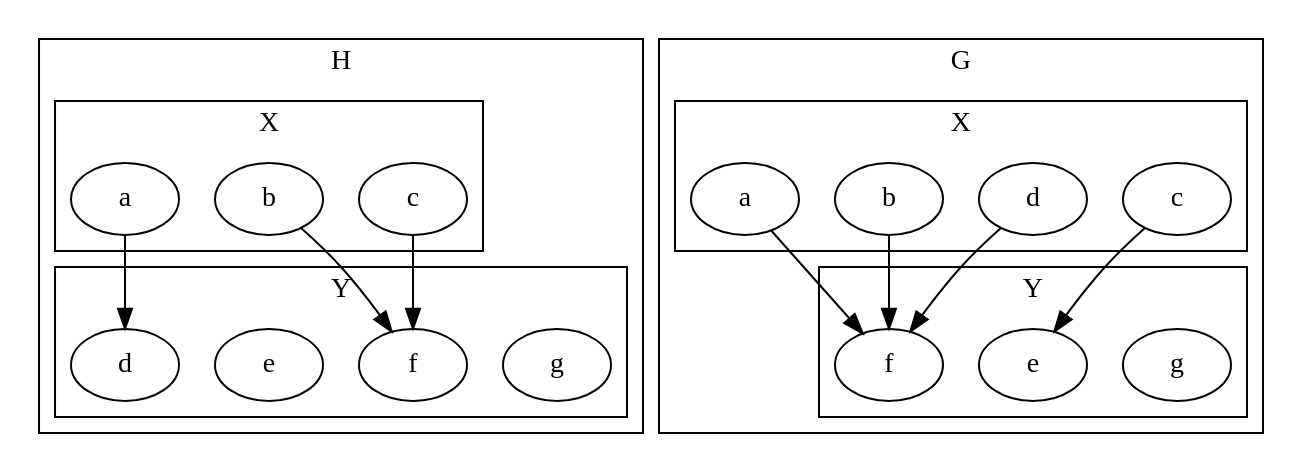
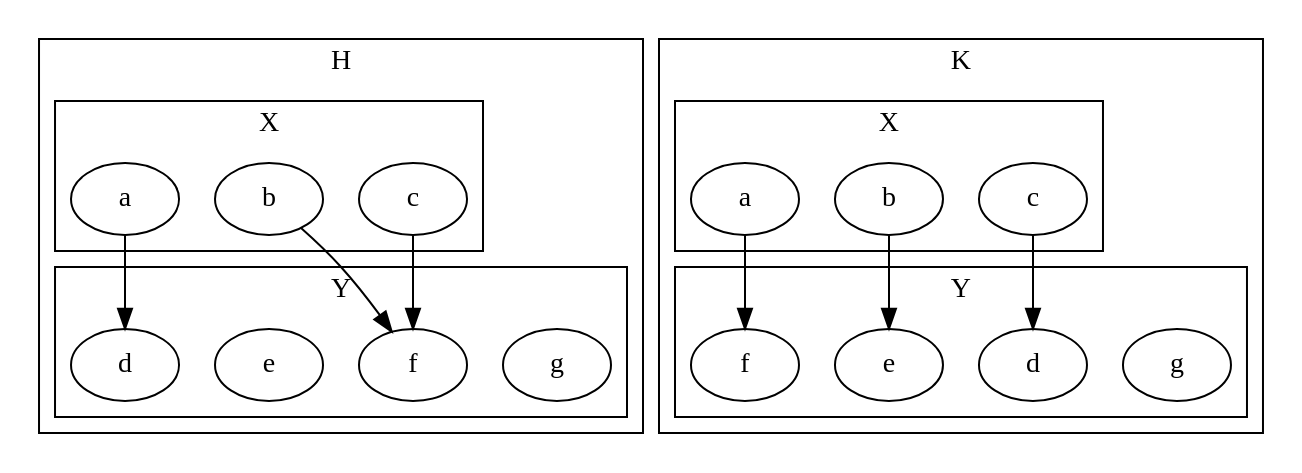
Before and after one commit to tnichols217/notes: the seventh of 7 diagrams in CSDS 302 - Discrete Math/HW/1.md, drawn with Graphviz. The commit also changed other lines of this file, not shown here.

Commit message:
vault backup: 2024-01-26 19:21:57

````diff
--- a/CSDS 302 - Discrete Math/HW/1.md
+++ b/CSDS 302 - Discrete Math/HW/1.md
@@ -598,49 +598,48 @@
 ```dot
 digraph {
 	subgraph {
 		label=H
 		cluster=true
 		subgraph {
 			label=X
 			cluster=true
 			c1 [label=c]
 			b1 [label=b]
 			a1 [label=a]
 		}
 		subgraph {
 			label=Y
 			cluster=true
 			D1 [label=g]
 			C1 [label=f]
 			B1 [label=e]
 			A1 [label=d]
 		}
 		a1->A1
 		b1->C1
 		c1->C1
 	}
 	subgraph {
-		label=G
+		label=K
 		cluster=true
 		subgraph {
 			label=X
 			cluster=true
-			d2 [label=d]
 			c2 [label=c]
 			b2 [label=b]
 			a2 [label=a]
 		}
 		subgraph {
 			label=Y
 			cluster=true
-			C2 [label=g]
-			B2 [label=f]
-			A2 [label=e]
+			D2 [label=g]
+			C2 [label=f]
+			B2 [label=e]
+			A2 [label=d]
 		}
-		a2->B2
+		a2->C2
 		b2->B2
 		c2->A2
-		d2->B2
 	}
 }
 ```
````
